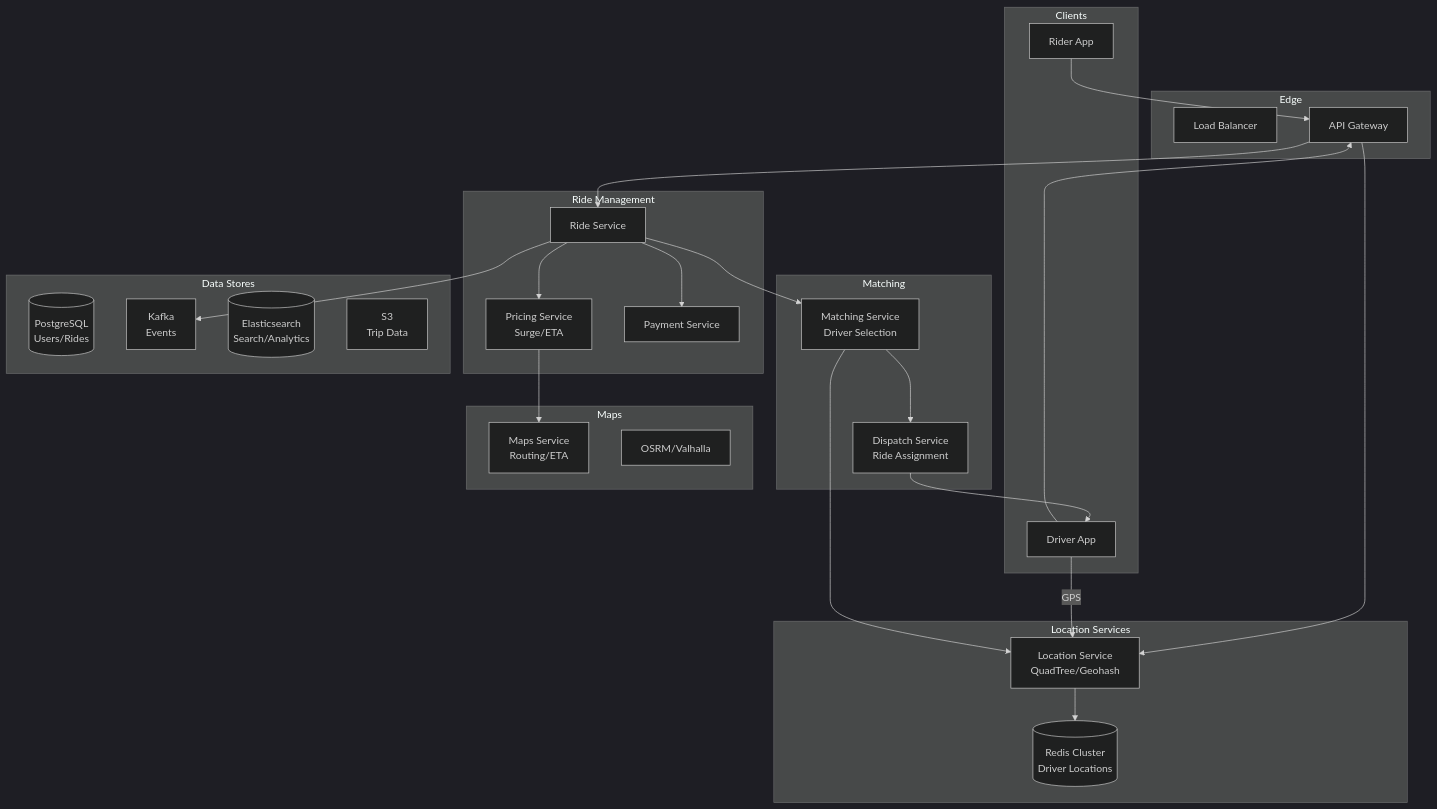
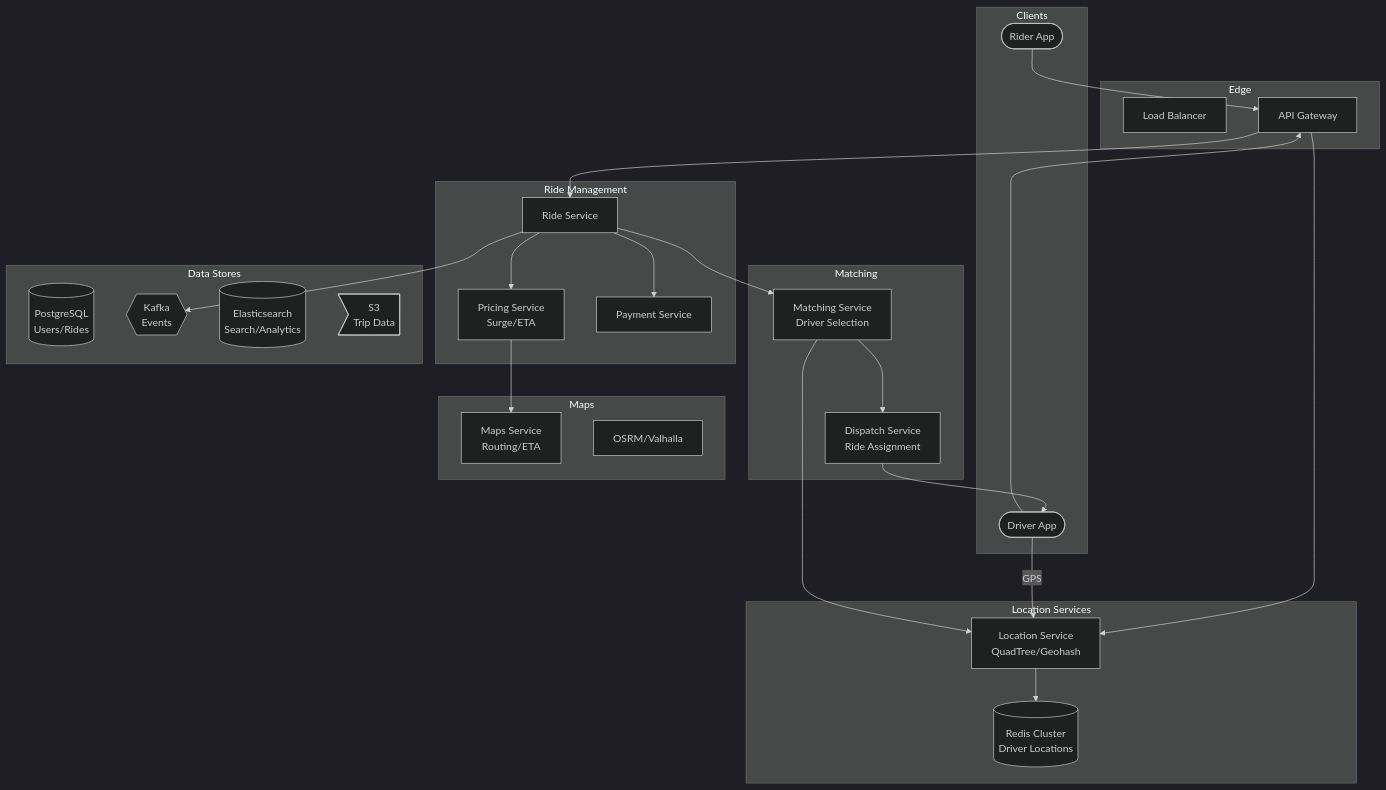
Before and after one commit to ShanmugaGanesh1999/Portfolio: the diagram in docs/prep/System Design/06-Case-Studies/21-uber.md, drawn with Mermaid (dark theme). The commit also changed 40 other files, not shown here.

First line of the commit message:
Refactor diagram node rendering to use reusable shape components

````diff
--- a/docs/prep/System Design/06-Case-Studies/21-uber.md
+++ b/docs/prep/System Design/06-Case-Studies/21-uber.md
@@ -50,55 +50,55 @@
 ```mermaid
 graph TD
     subgraph Clients
-        RIDER[Rider App]
-        DRIVER[Driver App]
+        RIDER([Rider App])
+        DRIVER([Driver App])
     end
     
     subgraph Edge
         LB[Load Balancer]
         API[API Gateway]
     end
     
     subgraph Location Services
         LOC[Location Service<br/>QuadTree/Geohash]
         LOCDB[(Redis Cluster<br/>Driver Locations)]
     end
     
     subgraph Matching
         MATCH[Matching Service<br/>Driver Selection]
         DISPATCH[Dispatch Service<br/>Ride Assignment]
     end
     
     subgraph Ride Management
         RIDE[Ride Service]
         PRICING[Pricing Service<br/>Surge/ETA]
         PAYMENT[Payment Service]
     end
     
     subgraph Data Stores
         PG[(PostgreSQL<br/>Users/Rides)]
-        KAFKA[Kafka<br/>Events]
+        KAFKA{{Kafka<br/>Events}}
         ES[(Elasticsearch<br/>Search/Analytics)]
-        S3[S3<br/>Trip Data]
+        S3>S3<br/>Trip Data]
     end
     
     subgraph Maps
         MAPS[Maps Service<br/>Routing/ETA]
         OSRM[OSRM/Valhalla]
     end
     
     RIDER --> API
     DRIVER --> API
     API --> RIDE
     API --> LOC
     DRIVER -->|GPS| LOC
     LOC --> LOCDB
     RIDE --> MATCH
     MATCH --> LOC
     MATCH --> DISPATCH
     DISPATCH --> DRIVER
     RIDE --> PRICING
     PRICING --> MAPS
     RIDE --> PAYMENT
     RIDE --> KAFKA
 ```
````
